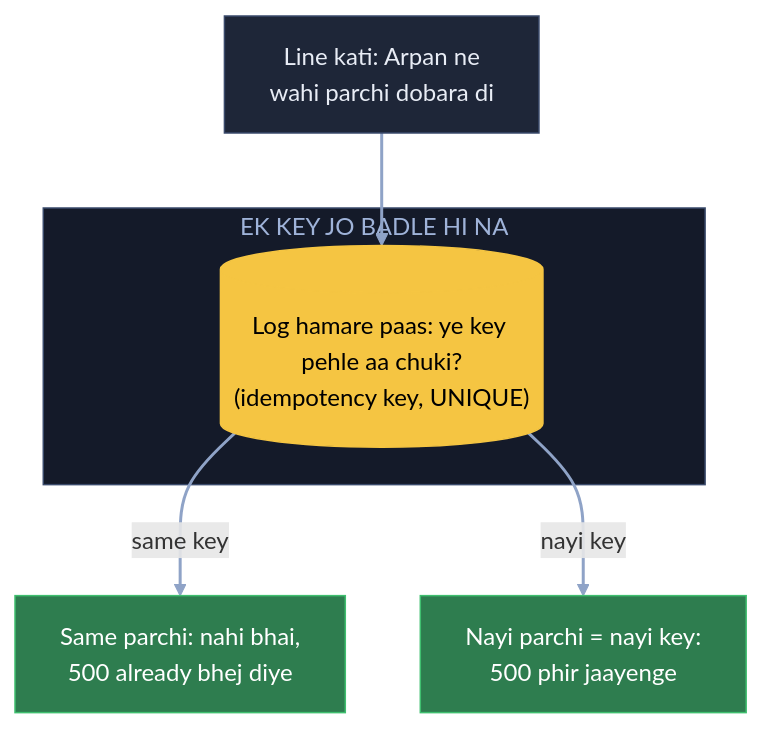
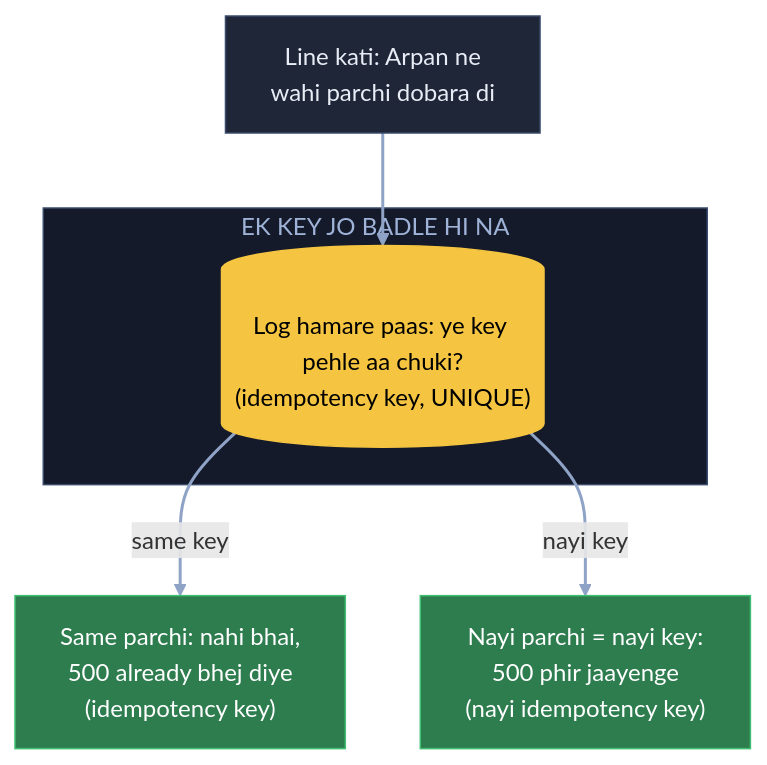
The second of 22 diagrams in 04_HLD/SYSTEM_DESIGNS/13_banking_system/13_banking_system.md (ArpanMaheshwari144/Prep), drawn with Mermaid before and after one commit. The commit also changed other lines of this file and 20 other files, not shown here.

Commit message:
HLD main files: diagram me kahani shabd + bracket me asli naam (21 design, 182 label)

````diff
--- a/04_HLD/SYSTEM_DESIGNS/13_banking_system/13_banking_system.md
+++ b/04_HLD/SYSTEM_DESIGNS/13_banking_system/13_banking_system.md
@@ -122,18 +122,18 @@
 ```mermaid
 flowchart TB
     A["Line kati: Arpan ne<br/>wahi parchi dobara di"]:::card
     subgraph KY["EK KEY JO BADLE HI NA"]
         K[("Log hamare paas: ye key pehle aa chuki?<br/>(idempotency key, UNIQUE)")]:::pill
     end
-    X["Same parchi: nahi bhai,<br/>500 already bhej diye"]:::good
-    N["Nayi parchi = nayi key:<br/>500 phir jaayenge"]:::good
+    X["Same parchi: nahi bhai,<br/>500 already bhej diye<br/>(idempotency key)"]:::good
+    N["Nayi parchi = nayi key:<br/>500 phir jaayenge<br/>(nayi idempotency key)"]:::good
     A --> K
     K -- "same key" --> X
     K -- "nayi key" --> N
     linkStyle default stroke:#8fa3c7,stroke-width:2px
     classDef card fill:#1e2638,stroke:#3a4a6b,color:#e8ecf5
     classDef pill fill:#f5c542,stroke:#f5c542,color:#000
     classDef good fill:#2e7d4f,stroke:#3fbf6f,color:#fff
     classDef bad fill:#5c1f24,stroke:#e05561,color:#fff
     style KY fill:#141a29,stroke:#3a4a6b,color:#9fb3d9
 ```
````
